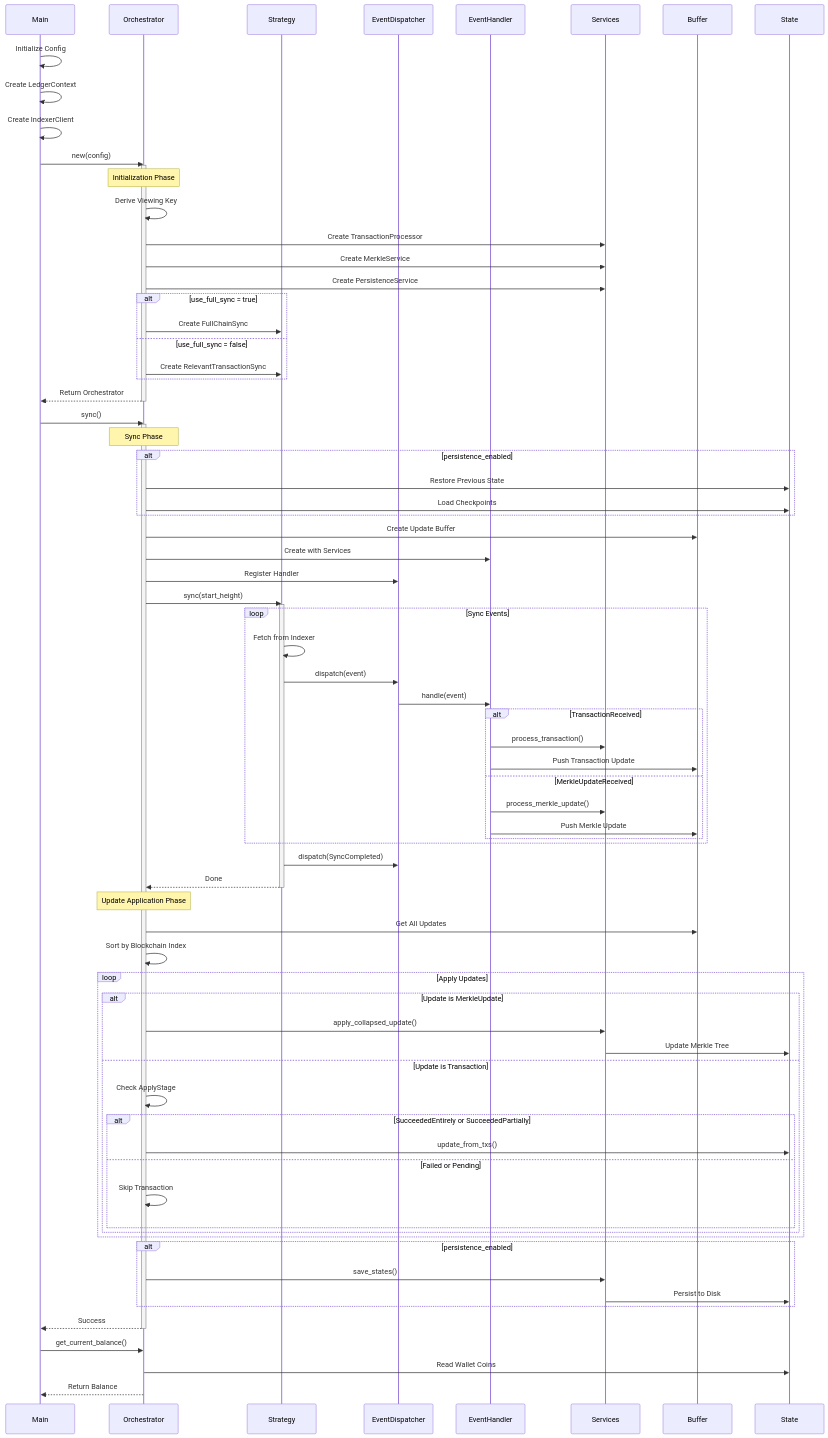
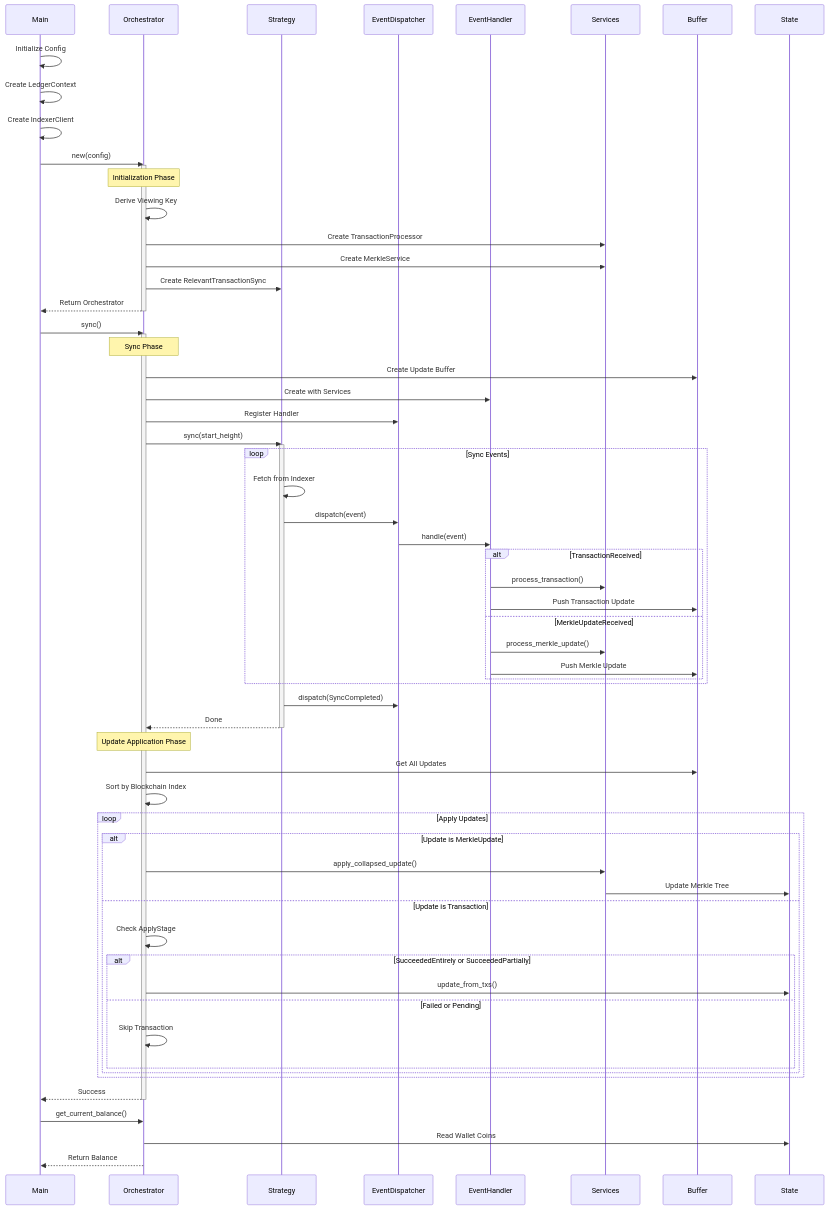
The second of 2 diagrams in README.md (shahnami/midnight-state-sync), drawn with Mermaid before and after one commit. The commit also changed other lines of this file and 8 other files, not shown here.

Commit message:
chore: Remove full-sync and persistence (#2)

```diff
--- a/README.md
+++ b/README.md
@@ -97,13 +87,7 @@
     Orchestrator->>Orchestrator: Derive Viewing Key
     Orchestrator->>Services: Create TransactionProcessor
     Orchestrator->>Services: Create MerkleService
-    Orchestrator->>Services: Create PersistenceService
-    
-    alt use_full_sync = true
-        Orchestrator->>Strategy: Create FullChainSync
-    else use_full_sync = false
-        Orchestrator->>Strategy: Create RelevantTransactionSync
-    end
+    Orchestrator->>Strategy: Create RelevantTransactionSync
     
     Orchestrator-->>Main: Return Orchestrator
     deactivate Orchestrator
@@ -113,10 +97,6 @@
     
     Note over Orchestrator: Sync Phase
     
-    alt persistence_enabled
-        Orchestrator->>State: Restore Previous State
-        Orchestrator->>State: Load Checkpoints
-    end
     
     Orchestrator->>Buffer: Create Update Buffer
     Orchestrator->>EventHandler: Create with Services
@@ -162,10 +142,6 @@
         end
     end
     
-    alt persistence_enabled
-        Orchestrator->>Services: save_states()
-        Services->>State: Persist to Disk
-    end
     
     Orchestrator-->>Main: Success
     deactivate Orchestrator
```
